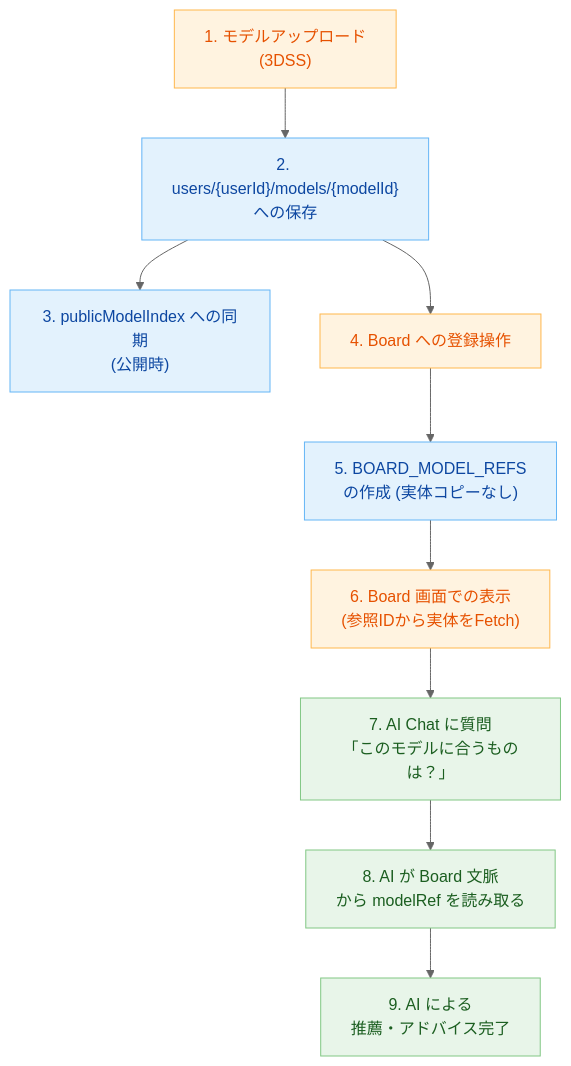
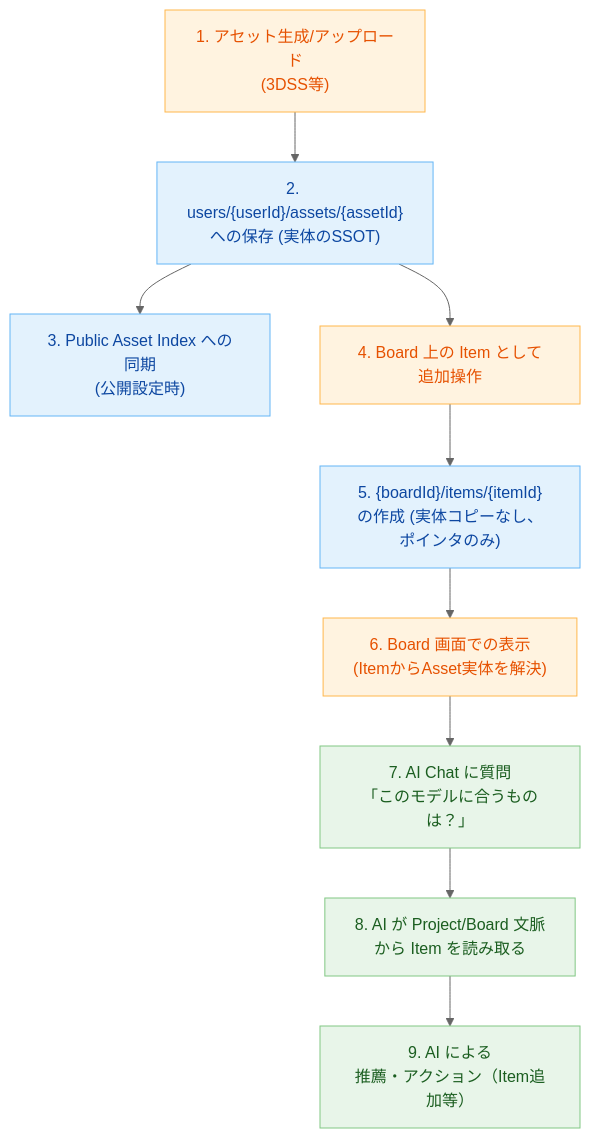
The diagram in docs/diagrams/data-flow.md (sekkeiya/SEKKEIYA), drawn with Mermaid (neutral theme) before and after one commit. The commit also changed other lines of this file and 3 other files, not shown here.

Commit message:
docs: finalize architecture terminology standardization

````diff
--- a/docs/diagrams/data-flow.md
+++ b/docs/diagrams/data-flow.md
@@ -5,29 +5,29 @@
 ```mermaid
 flowchart TD
     %% Define Styles
     classDef action fill:#fff3e0,stroke:#ffb74d,color:#e65100;
     classDef db fill:#e3f2fd,stroke:#64b5f6,color:#0d47a1;
     classDef ai fill:#e8f5e9,stroke:#81c784,color:#1b5e20;
 
-    Upload["1. モデルアップロード<br>(3DSS)"]:::action
-    SaveModel["2. users/{userId}/models/{modelId}<br>への保存"]:::db
-    SaveIndex["3. publicModelIndex への同期<br>(公開時)"]:::db
+    Upload["1. アセット生成/アップロード<br>(3DSS等)"]:::action
+    SaveAsset["2. users/{userId}/assets/{assetId}<br>への保存 (実体のSSOT)"]:::db
+    SaveIndex["3. Public Asset Index への同期<br>(公開設定時)"]:::db
     
-    BoardAdd["4. Board への登録操作"]:::action
-    CreateRef["5. BOARD_MODEL_REFS<br>の作成 (実体コピーなし)"]:::db
+    BoardAdd["4. Board 上の Item として追加操作"]:::action
+    CreateItem["5. {boardId}/items/{itemId}<br>の作成 (実体コピーなし、ポインタのみ)"]:::db
     
-    ViewBoard["6. Board 画面での表示<br>(参照IDから実体をFetch)"]:::action
+    ViewBoard["6. Board 画面での表示<br>(ItemからAsset実体を解決)"]:::action
     
     AIDialog["7. AI Chat に質問<br>「このモデルに合うものは？」"]:::ai
-    AIFetch["8. AI が Board 文脈<br>から modelRef を読み取る"]:::ai
-    AIResponse["9. AI による<br>推薦・アドバイス完了"]:::ai
+    AIFetch["8. AI が Project/Board 文脈<br>から Item を読み取る"]:::ai
+    AIResponse["9. AI による<br>推薦・アクション（Item追加等）"]:::ai
 
-    Upload --> SaveModel
-    SaveModel --> SaveIndex
-    SaveModel --> BoardAdd
-    BoardAdd --> CreateRef
-    CreateRef --> ViewBoard
+    Upload --> SaveAsset
+    SaveAsset --> SaveIndex
+    SaveAsset --> BoardAdd
+    BoardAdd --> CreateItem
+    CreateItem --> ViewBoard
     ViewBoard --> AIDialog
     AIDialog --> AIFetch
     AIFetch --> AIResponse
 ```
````
